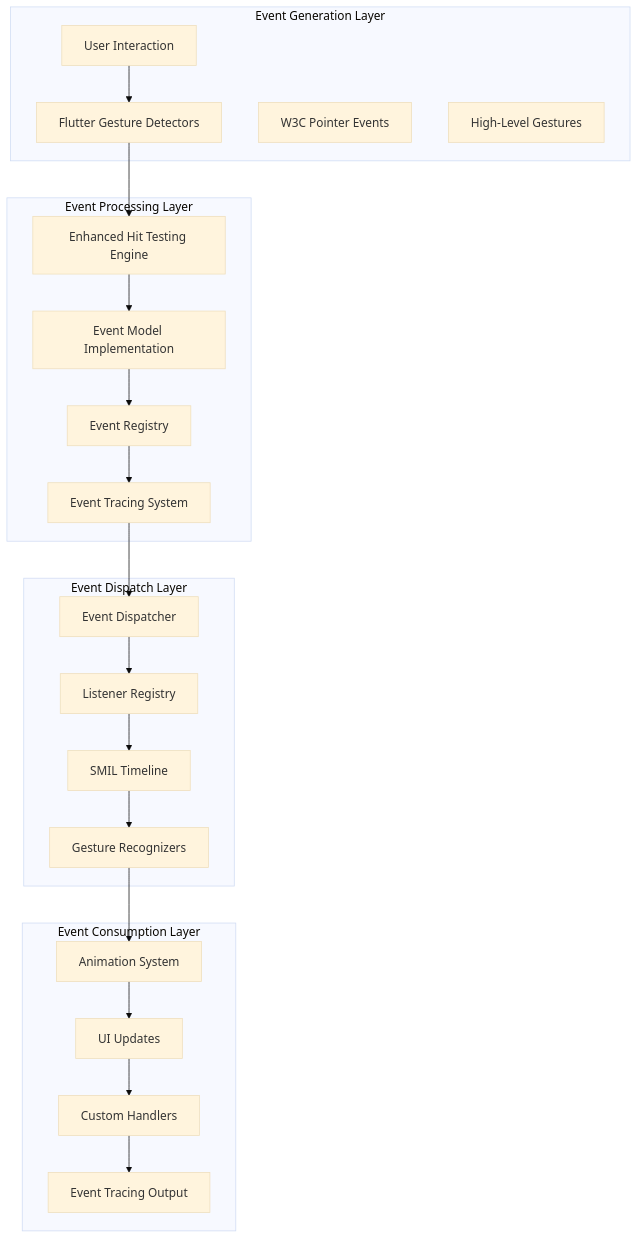
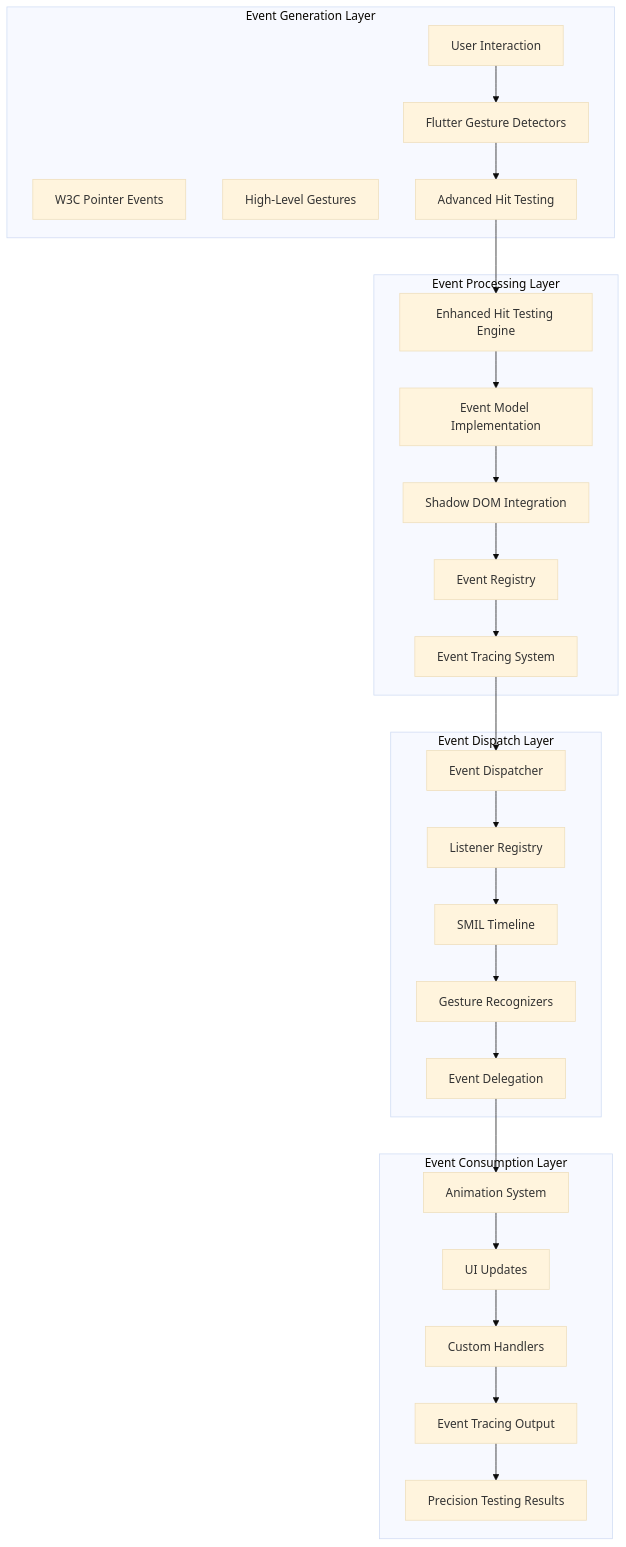
One commit to denisnadey/flutter_full_svg_support changed the first of 15 diagrams in .qoder/repowiki/en/content/Animated SVG Support/Event System Documentation.md. Above: the diagram before and after it, drawn with Mermaid (base theme). The commit also changed other lines of this file and 5 other files, not shown here.

````diff
--- a/.qoder/repowiki/en/content/Animated SVG Support/Event System Documentation.md
+++ b/.qoder/repowiki/en/content/Animated SVG Support/Event System Documentation.md
@@ -52,40 +58,48 @@
 ```mermaid
 graph TB
 subgraph "Event Generation Layer"
 A[User Interaction]
 B[Flutter Gesture Detectors]
 C[W3C Pointer Events]
 D[High-Level Gestures]
+E[Advanced Hit Testing]
 end
 subgraph "Event Processing Layer"
-E[Enhanced Hit Testing Engine]
-F[Event Model Implementation]
-G[Event Registry]
-H[Event Tracing System]
+F[Enhanced Hit Testing Engine]
+G[Event Model Implementation]
+H[Event Registry]
+I[Event Tracing System]
+J[Shadow DOM Integration]
 end
 subgraph "Event Dispatch Layer"
-I[Event Dispatcher]
-J[Listener Registry]
-K[SMIL Timeline]
-L[Gesture Recognizers]
+K[Event Dispatcher]
+L[Listener Registry]
+M[SMIL Timeline]
+N[Gesture Recognizers]
+O[Event Delegation]
 end
 subgraph "Event Consumption Layer"
-M[Animation System]
-N[UI Updates]
-O[Custom Handlers]
-P[Event Tracing Output]
+P[Animation System]
+Q[UI Updates]
+R[Custom Handlers]
+S[Event Tracing Output]
+T[Precision Testing Results]
 end
 A --> B
 B --> E
 E --> F
 F --> G
-G --> H
+G --> J
+J --> H
 H --> I
-I --> J
-J --> K
+I --> K
 K --> L
 L --> M
 M --> N
 N --> O
 O --> P
+P --> Q
+Q --> R
+R --> S
+S --> T
 ```
````
